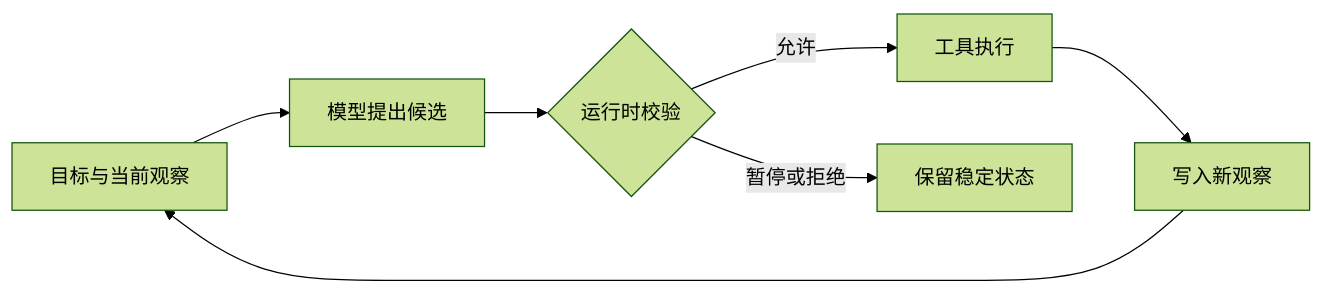
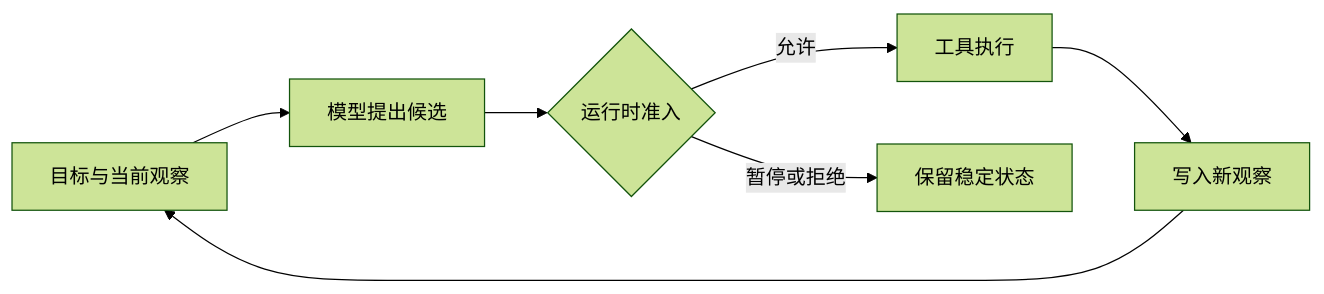
The diagram in docs/ai-agent/agent-essence-autonomy-boundaries.md (upJiang/jiang-blog-vitepress), drawn with Mermaid (forest theme) before and after one commit. The commit also changed other lines of this file and 20 other files, not shown here.

````diff
--- a/docs/ai-agent/agent-essence-autonomy-boundaries.md
+++ b/docs/ai-agent/agent-essence-autonomy-boundaries.md
@@ -52,9 +52,9 @@
 ```mermaid
 flowchart LR
   S[目标与当前观察] --> P[模型提出候选]
-  P --> R{运行时校验}
+  P --> R{运行时准入}
   R -->|允许| T[工具执行]
   T --> O[写入新观察]
   O --> S
   R -->|暂停或拒绝| X[保留稳定状态]
 ```
````
